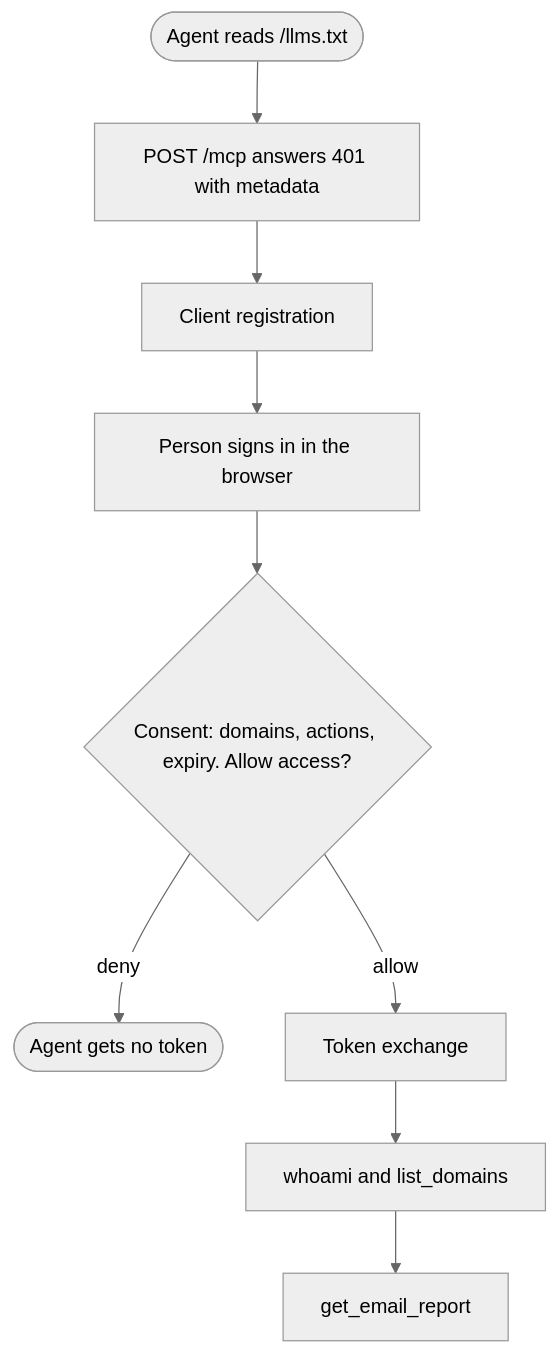
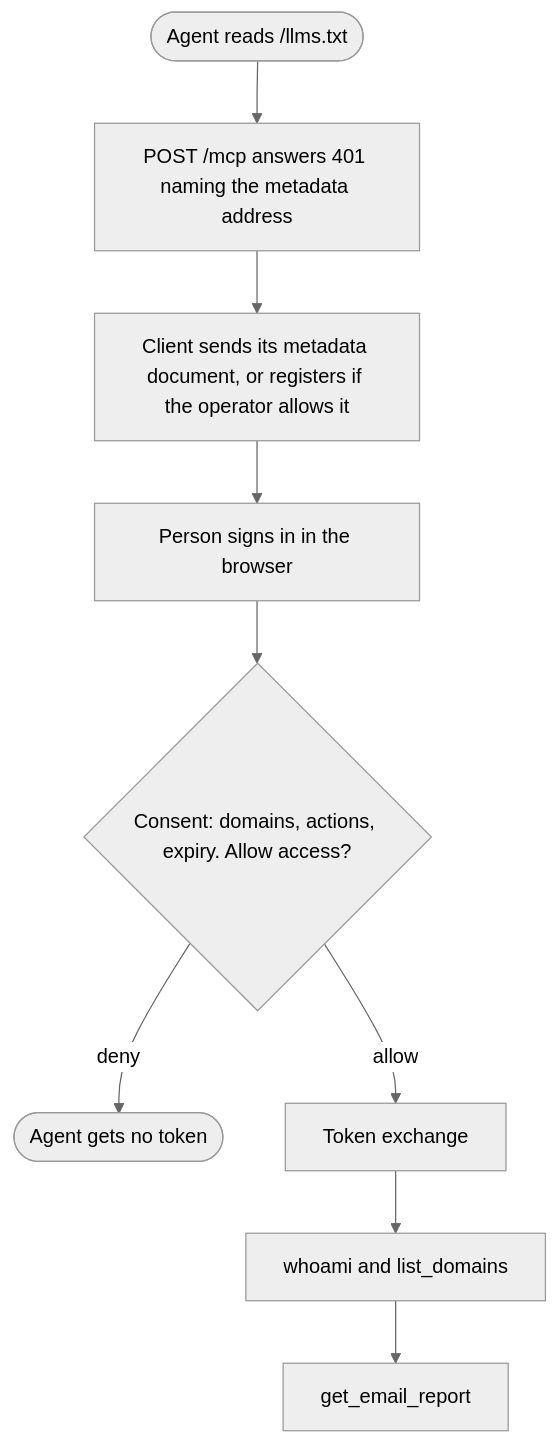
One commit to fellowship-dev/ready-set-mail changed the diagram in .flowchad/flows/agent-connects-and-reads-report.map.md. Above: the diagram before and after it, drawn with Mermaid (neutral theme). The commit also changed other lines of this file and 35 other files, not shown here.

````diff
--- a/.flowchad/flows/agent-connects-and-reads-report.map.md
+++ b/.flowchad/flows/agent-connects-and-reads-report.map.md
@@ -7,11 +7,11 @@
 ```mermaid
 flowchart TD
-  entry([Agent reads /llms.txt]) --> mcp[POST /mcp answers 401 with metadata]
-  mcp --> reg[Client registration]
+  entry([Agent reads /llms.txt]) --> mcp[POST /mcp answers 401 naming the metadata address]
+  mcp --> reg[Client sends its metadata document, or registers if the operator allows it]
   reg --> signin[Person signs in in the browser]
   signin --> consent{Consent: domains, actions, expiry. Allow access?}
   consent -->|deny| denied([Agent gets no token])
   consent -->|allow| token[Token exchange]
   token --> tools[whoami and list_domains]
   tools --> report[get_email_report]:::value
 ```
````
